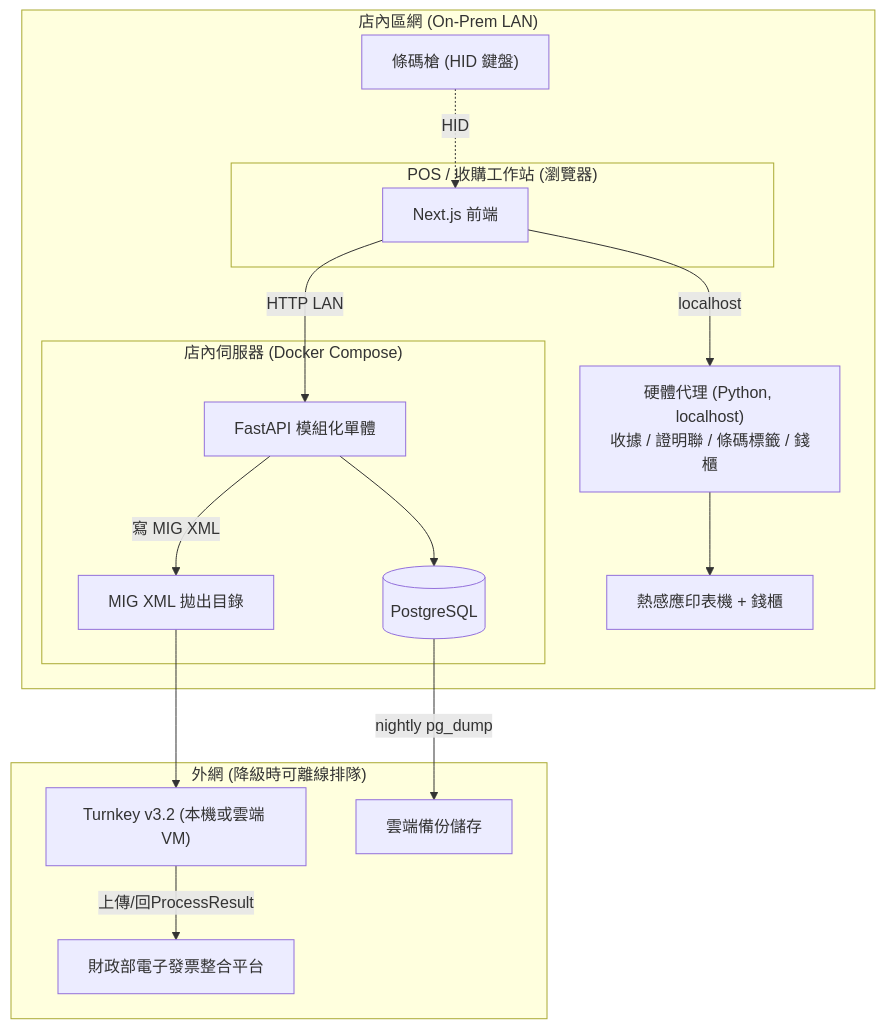
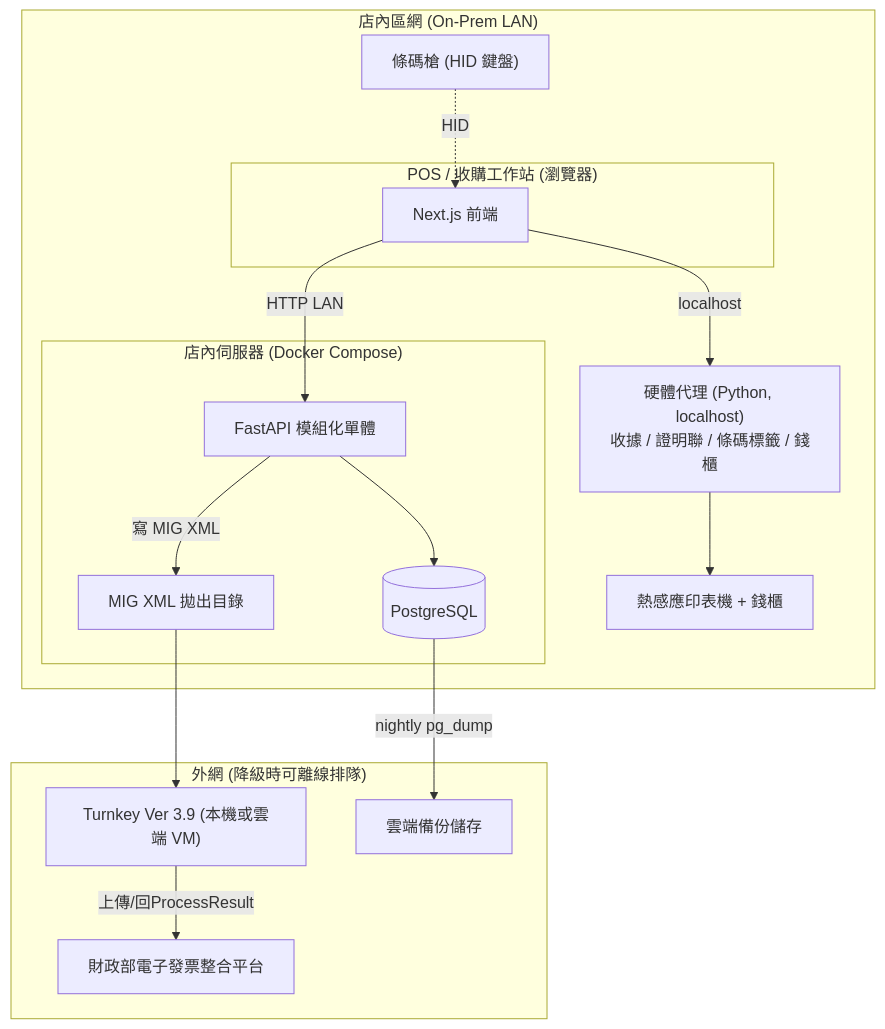
The first of 2 diagrams in docs/02-architecture.md (achicn3/lu-camp), drawn with Mermaid before and after one commit. The commit also changed other lines of this file and 4 other files, not shown here.

````diff
--- a/docs/02-architecture.md
+++ b/docs/02-architecture.md
@@ -13,33 +13,33 @@
 ```mermaid
 graph TD
     subgraph Store["店內區網 (On-Prem LAN)"]
         subgraph POS["POS / 收購工作站 (瀏覽器)"]
             FE["Next.js 前端"]
         end
         Agent["硬體代理 (Python, localhost)\n收據 / 證明聯 / 條碼標籤 / 錢櫃"]
         Printer["熱感應印表機 + 錢櫃"]
         Scanner["條碼槍 (HID 鍵盤)"]
 
         subgraph Server["店內伺服器 (Docker Compose)"]
             API["FastAPI 模組化單體"]
             DB[("PostgreSQL")]
             XMLOUT["MIG XML 拋出目錄"]
         end
     end
 
     subgraph Ext["外網 (降級時可離線排隊)"]
-        Turnkey["Turnkey v3.2 (本機或雲端 VM)"]
+        Turnkey["Turnkey Ver 3.9 (本機或雲端 VM)"]
         MOF["財政部電子發票整合平台"]
         Backup["雲端備份儲存"]
     end
 
     FE -->|HTTP LAN| API
     FE -->|localhost| Agent
     Agent --> Printer
     Scanner -.HID.-> FE
     API --> DB
     API -->|寫 MIG XML| XMLOUT
     XMLOUT --> Turnkey
     Turnkey -->|上傳/回ProcessResult| MOF
     DB -->|nightly pg_dump| Backup
 ```
````
